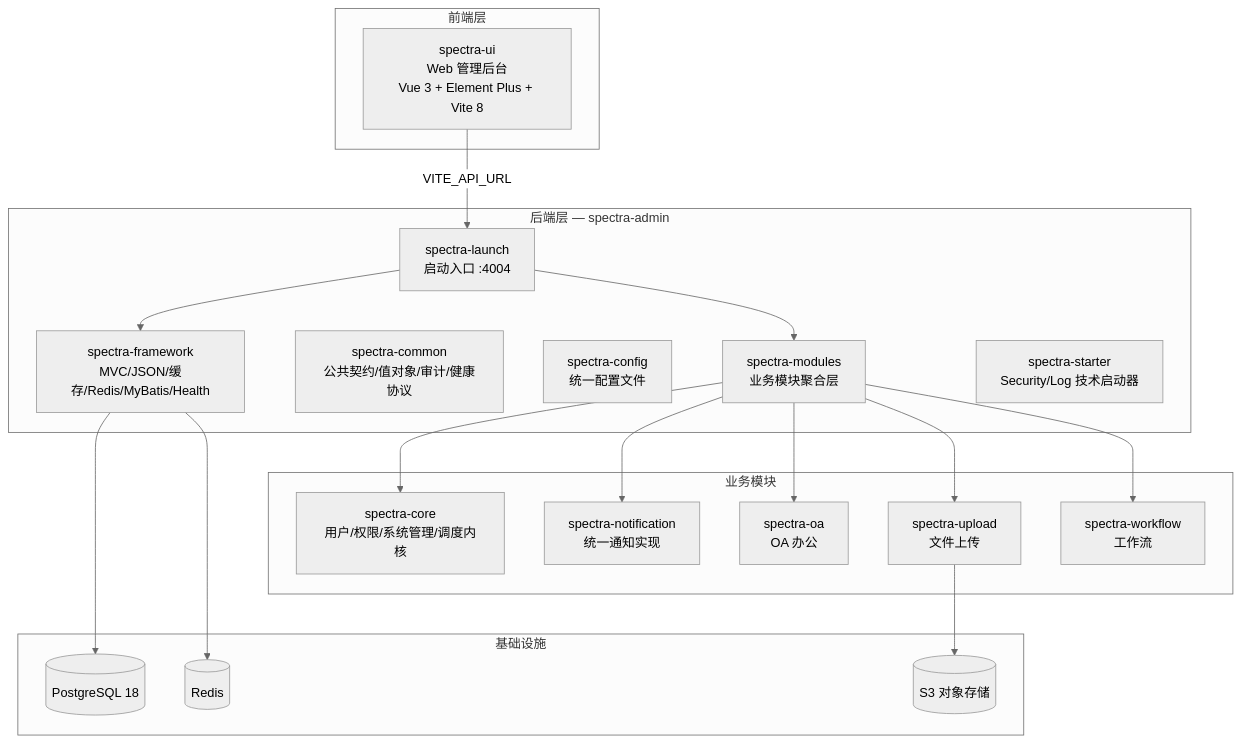
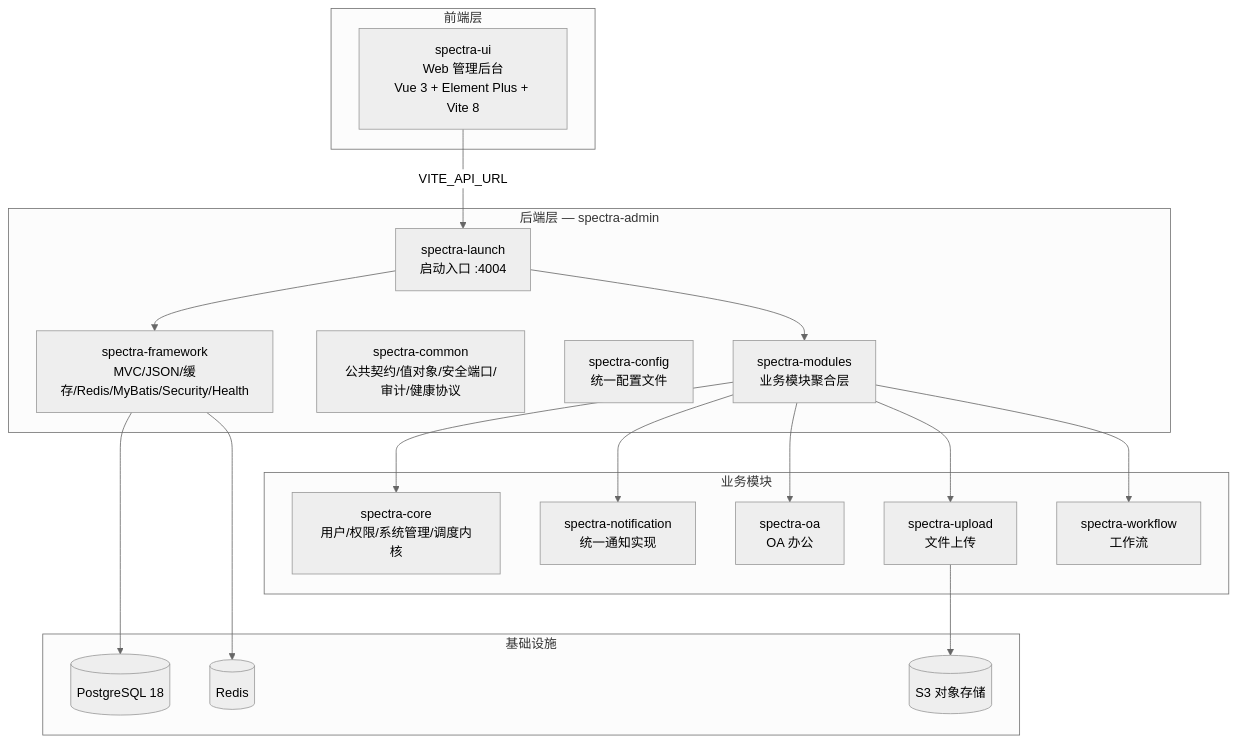
The diagram in docs/00-项目总览.md (yangxj96/spectra-docs), drawn with Mermaid (neutral theme) before and after one commit. The commit also changed other lines of this file and 9 other files, not shown here.

````diff
--- a/docs/00-项目总览.md
+++ b/docs/00-项目总览.md
@@ -24,41 +24,40 @@
 ```mermaid
 graph TB
     subgraph "前端层"
         UI["spectra-ui<br/>Web 管理后台<br/>Vue 3 + Element Plus + Vite 8"]
     end
 
     subgraph "后端层 — spectra-admin"
         LAUNCH["spectra-launch<br/>启动入口 :4004"]
-        FW["spectra-framework<br/>MVC/JSON/缓存/Redis/MyBatis/Health"]
-        COMMON["spectra-common<br/>公共契约/值对象/审计/健康协议"]
+        FW["spectra-framework<br/>MVC/JSON/缓存/Redis/MyBatis/Security/Health"]
+        COMMON["spectra-common<br/>公共契约/值对象/安全端口/审计/健康协议"]
         CONFIG["spectra-config<br/>统一配置文件"]
         MODULES["spectra-modules<br/>业务模块聚合层"]
-        STARTER["spectra-starter<br/>Security/Log 技术启动器"]
     end
 
     subgraph "业务模块"
         CORE["spectra-core<br/>用户/权限/系统管理/调度内核"]
         NOTIFY["spectra-notification<br/>统一通知实现"]
         OA["spectra-oa<br/>OA 办公"]
         UPLOAD["spectra-upload<br/>文件上传"]
         WF["spectra-workflow<br/>工作流"]
     end
 
     subgraph "基础设施"
         PG[("PostgreSQL 18")]
         REDIS[("Redis")]
         S3[("S3 对象存储")]
     end
 
 UI -->|"VITE_API_URL"| LAUNCH
     LAUNCH --> FW
     LAUNCH --> MODULES
     MODULES --> CORE
     MODULES --> NOTIFY
     MODULES --> OA
     MODULES --> UPLOAD
     MODULES --> WF
     FW --> PG
     FW --> REDIS
 UPLOAD --> S3
 ```
````
